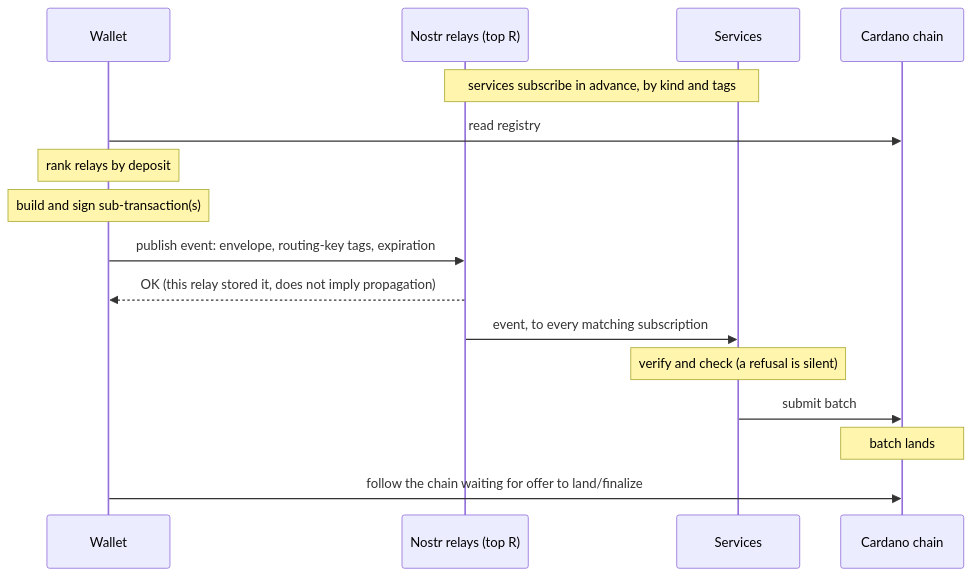
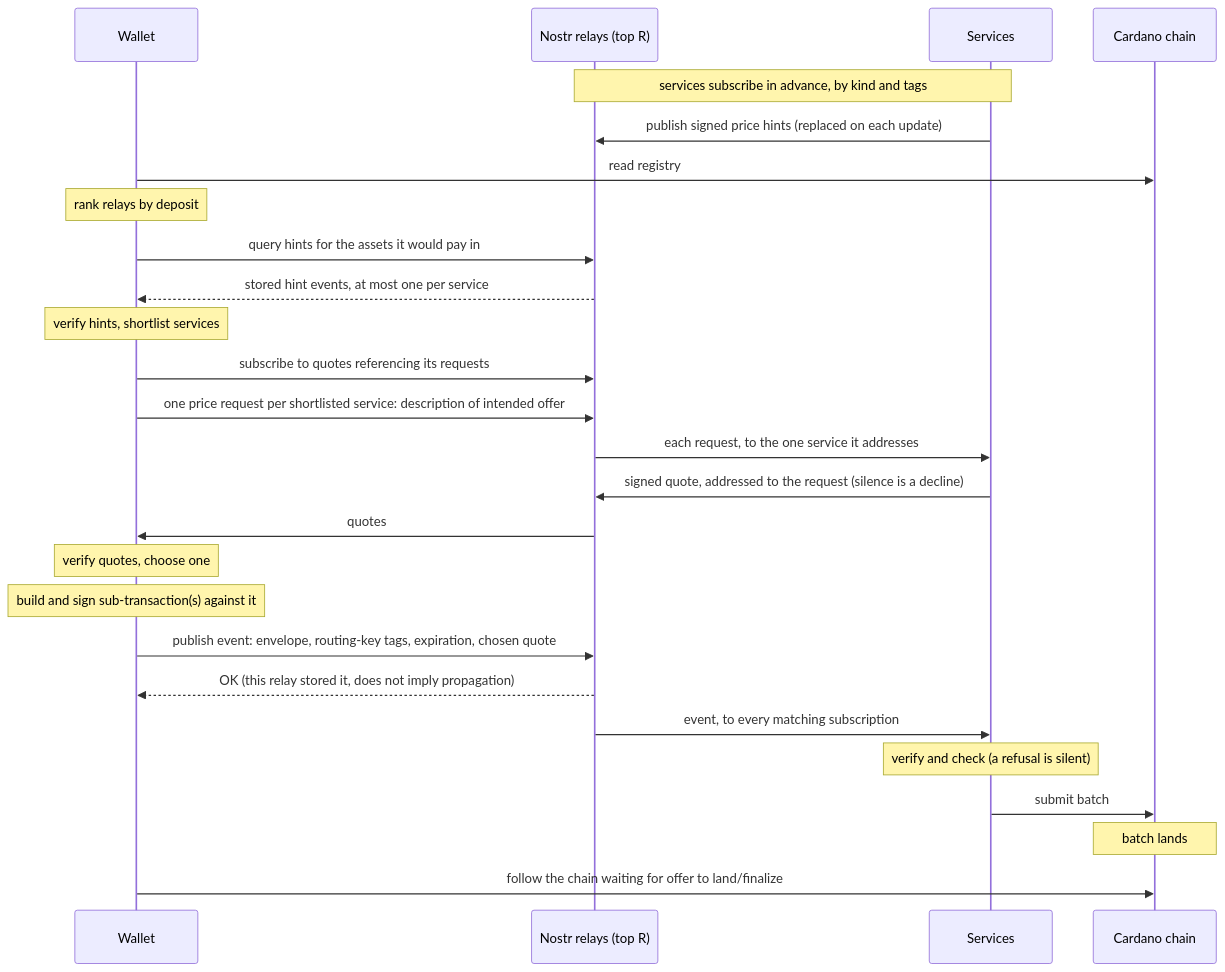
The third of 3 diagrams in CIP-0198/README.md (cardano-foundation/CIPs), drawn with Mermaid before and after one commit. The commit also changed other lines of this file, not shown here.

Commit message:
use price hints on binding b

````diff
--- a/CIP-0198/README.md
+++ b/CIP-0198/README.md
@@ -146,19 +145,29 @@
 ```mermaid
 sequenceDiagram
   participant W as Wallet
   participant R as Nostr relays (top R)
   participant S as Services
   participant C as Cardano chain
 
   Note over R,S: services subscribe in advance, by kind and tags
+  S->>R: publish signed price hints (replaced on each update)
   W->>C: read registry
   Note over W: rank relays by deposit
-  Note over W: build and sign sub-transaction(s)
-  W->>R: publish event: envelope, routing-key tags, expiration
+  W->>R: query hints for the assets it would pay in
+  R-->>W: stored hint events, at most one per service
+  Note over W: verify hints, shortlist services
+  W->>R: subscribe to quotes referencing its requests
+  W->>R: one price request per shortlisted service: description of intended offer
+  R->>S: each request, to the one service it addresses
+  S->>R: signed quote, addressed to the request (silence is a decline)
+  R->>W: quotes
+  Note over W: verify quotes, choose one
+  Note over W: build and sign sub-transaction(s) against it
+  W->>R: publish event: envelope, routing-key tags, expiration, chosen quote
   R-->>W: OK (this relay stored it, does not imply propagation)
   R->>S: event, to every matching subscription
   Note over S: verify and check (a refusal is silent)
   S->>C: submit batch
   Note over C: batch lands
   W->>C: follow the chain waiting for offer to land/finalize
 ```
````
